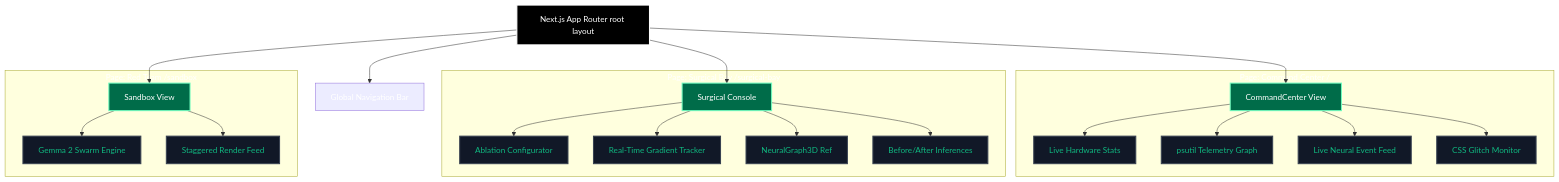
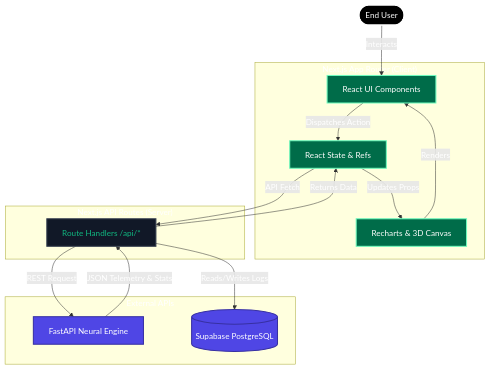
The first of 2 diagrams in frontend/README.md (abhinandbs12/project-raze), drawn with Mermaid before and after one commit. The commit also changed other lines of this file and 2 other files, not shown here.

Commit message:
Finalize comprehensive system architecture, data flows, and ablation logic documentation

````diff
--- a/frontend/README.md
+++ b/frontend/README.md
@@ -31,48 +31,45 @@
 ```mermaid
 graph TD
     %% Node Definitions
-    App[Next.js App Router root layout]
+    User([End User])
     
-    Nav[Global Navigation Bar]
-    
-    subgraph "Page: Command Center /"
-        CC[CommandCenter View]
-        DashStats[Live Hardware Stats]
-        AreaChart[psutil Telemetry Graph]
-        Feed[Live Neural Event Feed]
-        Glitch[CSS Glitch Monitor]
+    subgraph Frontend["Next.js App Router (Client)"]
+        UI[React UI Components]
+        State[React State & Refs]
+        Visuals[Recharts & 3D Canvas]
     end
     
-    subgraph "Page: Surgical Bay /surgical-bay"
-        Surg[Surgical Console]
-        Config[Ablation Configurator]
-        LossGraph[Real-Time Gradient Tracker]
-        Visual3D[NeuralGraph3D Ref]
-        Playground[Before/After Inferences]
+    subgraph BackendProxy["Next.js API Routes (Server)"]
+        Proxy[Route Handlers /api/*]
     end
     
-    subgraph "Page: Red Team /sandbox"
-        Red[Sandbox View]
-        Agent[Gemma 2 Swarm Engine]
-        Stagger[Staggered Render Feed]
+    subgraph External["External APIs"]
+        FastAPI[FastAPI Neural Engine]
+        Supabase[(Supabase PostgreSQL)]
     end
 
     %% Flow
-    App --> Nav
-    App --> CC
-    App --> Surg
-    App --> Red
+    User -->|Interacts| UI
+    UI -->|Dispatches Action| State
+    State -->|API Fetch| Proxy
     
-    CC --> DashStats & AreaChart & Feed & Glitch
-    Surg --> Config & LossGraph & Visual3D & Playground
-    Red --> Agent & Stagger
+    Proxy -->|REST Request| FastAPI
+    FastAPI -->|JSON Telemetry & Stats| Proxy
+    Proxy -->|Returns Data| State
+    
+    State -->|Updates Props| Visuals
+    Visuals -->|Renders| UI
+    
+    Proxy -->|Reads/Writes Logs| Supabase
 
     %% Styling
     classDef root fill:#000,stroke:#fff,stroke-width:2px,color:#fff
-    classDef page fill:#006C49,stroke:#6FFBBE,stroke-width:2px,color:#fff
-    classDef comp fill:#111827,stroke:#374151,stroke-width:2px,color:#10B981
+    classDef client fill:#006C49,stroke:#6FFBBE,stroke-width:2px,color:#fff
+    classDef server fill:#111827,stroke:#374151,stroke-width:2px,color:#10B981
+    classDef external fill:#4F46E5,stroke:#3730A3,stroke-width:2px,color:#fff
     
-    class App root
-    class CC,Surg,Red page
-    class DashStats,AreaChart,Feed,Glitch,Config,LossGraph,Visual3D,Playground,Agent,Stagger comp
+    class User root
+    class UI,State,Visuals client
+    class Proxy server
+    class FastAPI,Supabase external
 ```
````
